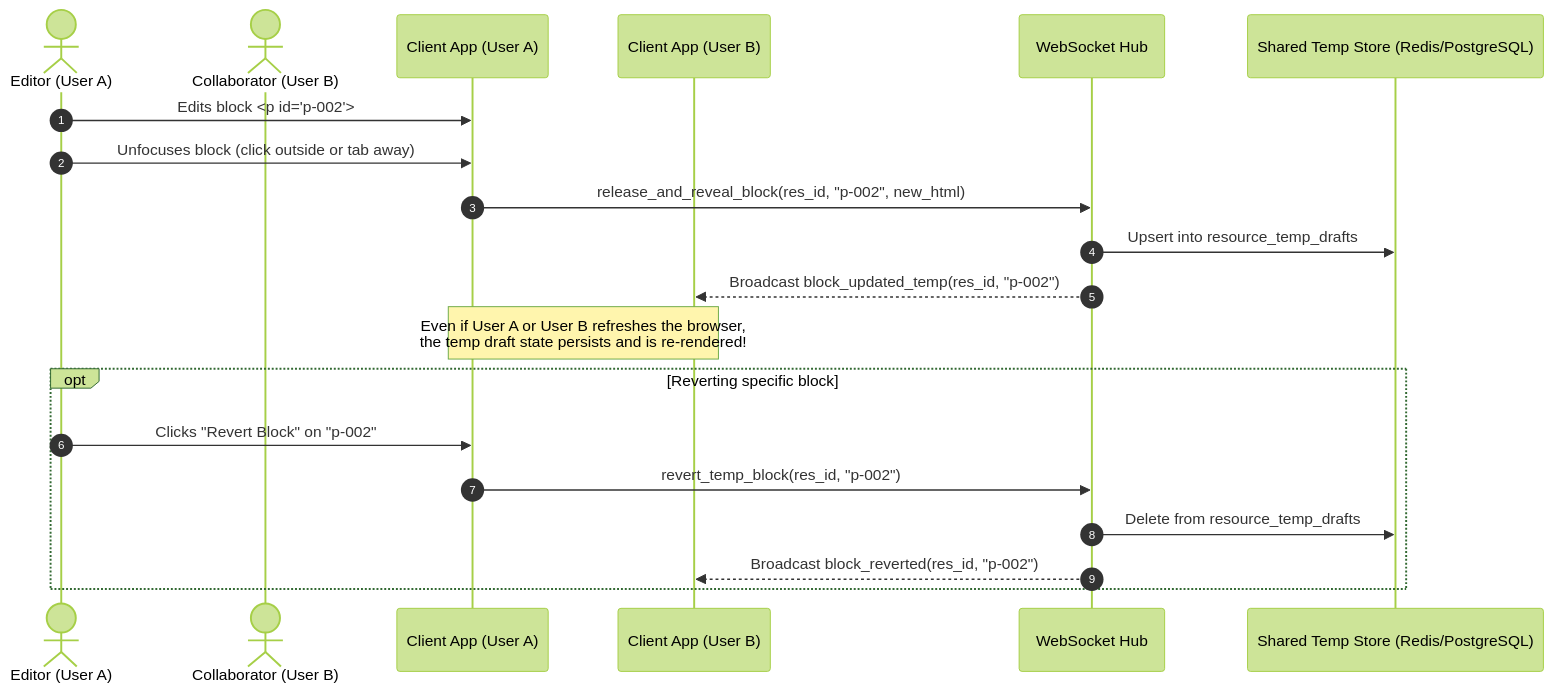
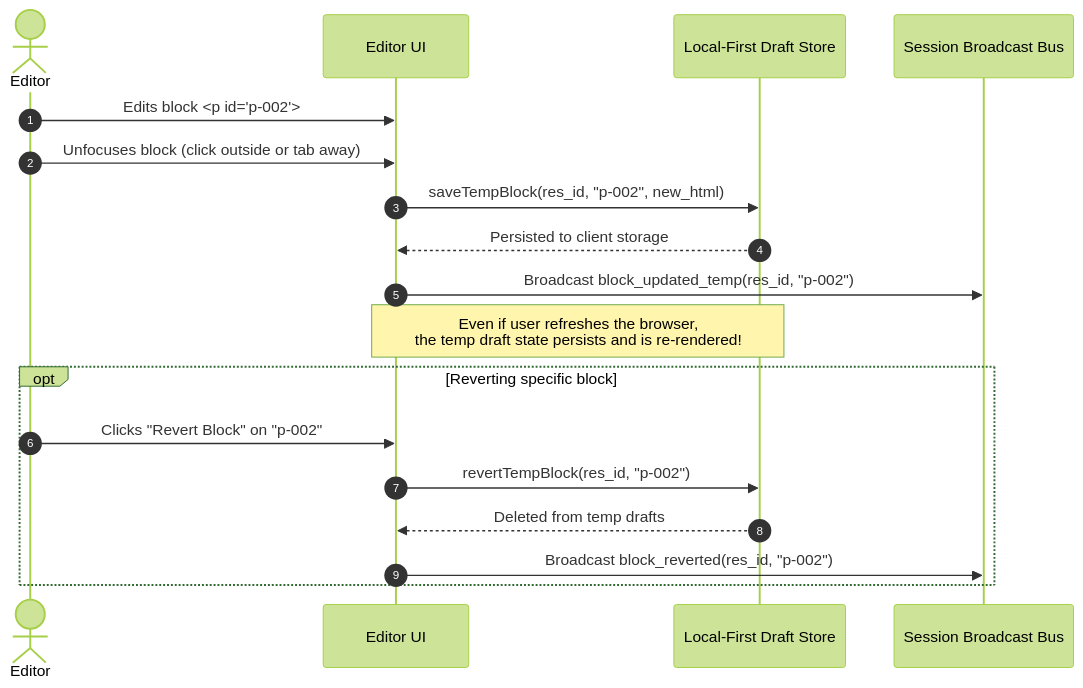
The first of 4 diagrams in docs/product/002-user-journeys-and-flows.md (kelsonwinith/app.projectP), drawn with Mermaid (forest theme) before and after one commit. The commit also changed other lines of this file and 39 other files, not shown here.

````diff
--- a/docs/product/002-user-journeys-and-flows.md
+++ b/docs/product/002-user-journeys-and-flows.md
@@ -12,26 +12,24 @@
 ```mermaid
 sequenceDiagram
     autonumber
-    actor UserA as Editor (User A)
-    actor UserB as Collaborator (User B)
-    participant UI_A as Client App (User A)
-    participant UI_B as Client App (User B)
-    participant WS as WebSocket Hub
-    participant DB as Shared Temp Store (Redis/PostgreSQL)
+    actor UserA as Editor
+    participant UI_A as Editor UI
+    participant Store as Local-First Draft Store
+    participant Bus as Session Broadcast Bus
 
     UserA->>UI_A: Edits block <p id="p-002">
     UserA->>UI_A: Unfocuses block (click outside or tab away)
     
-    UI_A->>WS: release_and_reveal_block(res_id, "p-002", new_html)
-    WS->>DB: Upsert into resource_temp_drafts
-    WS-->>UI_B: Broadcast block_updated_temp(res_id, "p-002")
+    UI_A->>Store: saveTempBlock(res_id, "p-002", new_html)
+    Store-->>UI_A: Persisted to client storage
+    UI_A->>Bus: Broadcast block_updated_temp(res_id, "p-002")
     
-    Note over UI_A,UI_B: Even if User A or User B refreshes the browser,<br/>the temp draft state persists and is re-rendered!
+    Note over UI_A,Store: Even if user refreshes the browser,<br/>the temp draft state persists and is re-rendered!
 
     opt Reverting specific block
         UserA->>UI_A: Clicks "Revert Block" on "p-002"
-        UI_A->>WS: revert_temp_block(res_id, "p-002")
-        WS->>DB: Delete from resource_temp_drafts
-        WS-->>UI_B: Broadcast block_reverted(res_id, "p-002")
+        UI_A->>Store: revertTempBlock(res_id, "p-002")
+        Store-->>UI_A: Deleted from temp drafts
+        UI_A->>Bus: Broadcast block_reverted(res_id, "p-002")
     end
 ```
````
